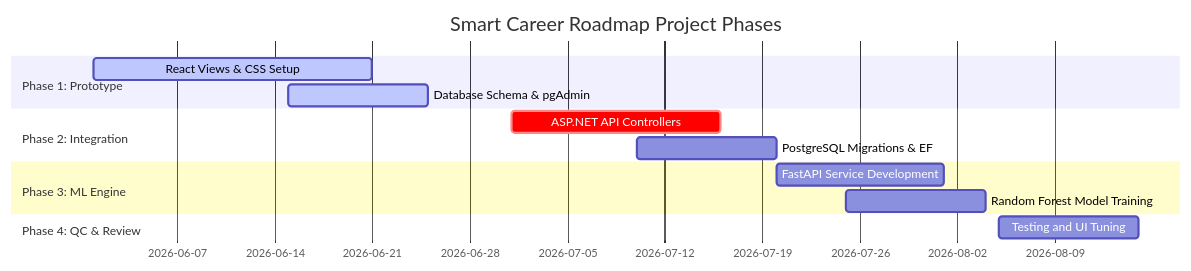
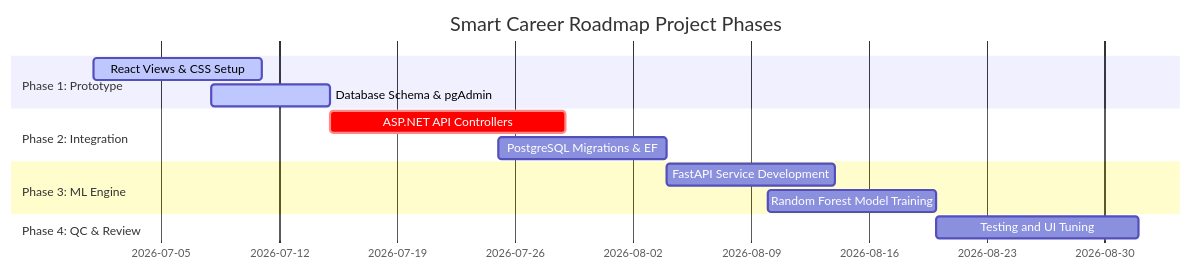
The sixth of 10 diagrams in docs/project_presentation_deck.md (SavanChauhan87/Smart-Career-Roadmap), drawn with Mermaid before and after one commit. The commit also changed other lines of this file, not shown here.

Commit message:
docs: reschedule Gantt chart to July 1 - Sept 1, 2026

````diff
--- a/docs/project_presentation_deck.md
+++ b/docs/project_presentation_deck.md
@@ -241,16 +241,16 @@
     ```mermaid
     gantt
         title Smart Career Roadmap Project Phases
         dateFormat  YYYY-MM-DD
         section Phase 1: Prototype
-        React Views & CSS Setup      :active, p1_1, 2026-06-01, 20d
-        Database Schema & pgAdmin   :active, p1_2, 2026-06-15, 10d
+        React Views & CSS Setup      :active, p1_1, 2026-07-01, 10d
+        Database Schema & pgAdmin   :active, p1_2, 2026-07-08, 7d
         section Phase 2: Integration
-        ASP.NET API Controllers     :crit, p2_1, 2026-07-01, 15d
-        PostgreSQL Migrations & EF  :p2_2, 2026-07-10, 10d
+        ASP.NET API Controllers     :crit, p2_1, 2026-07-15, 14d
+        PostgreSQL Migrations & EF  :p2_2, 2026-07-25, 10d
         section Phase 3: ML Engine
-        FastAPI Service Development :p3_1, 2026-07-20, 12d
-        Random Forest Model Training :p3_2, 2026-07-25, 10d
+        FastAPI Service Development :p3_1, 2026-08-04, 10d
+        Random Forest Model Training :p3_2, 2026-08-10, 10d
         section Phase 4: QC & Review
-        Testing and UI Tuning       :p4_1, 2026-08-05, 10d
+        Testing and UI Tuning       :p4_1, 2026-08-20, 12d
     ```
````
